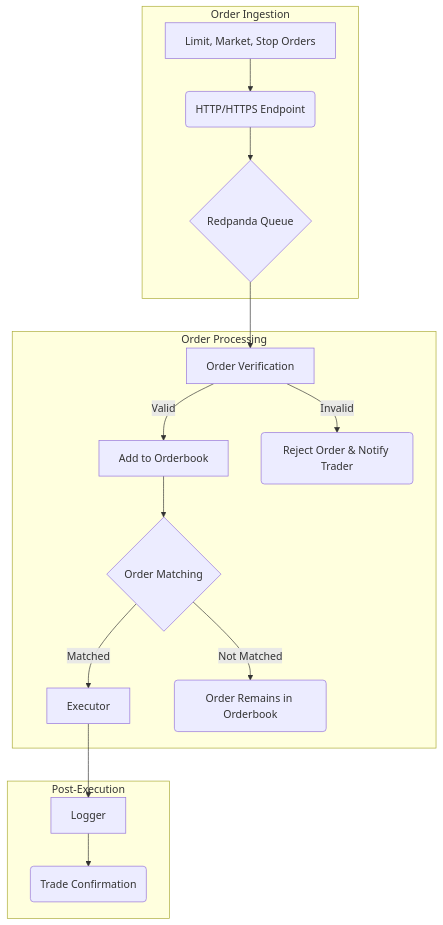
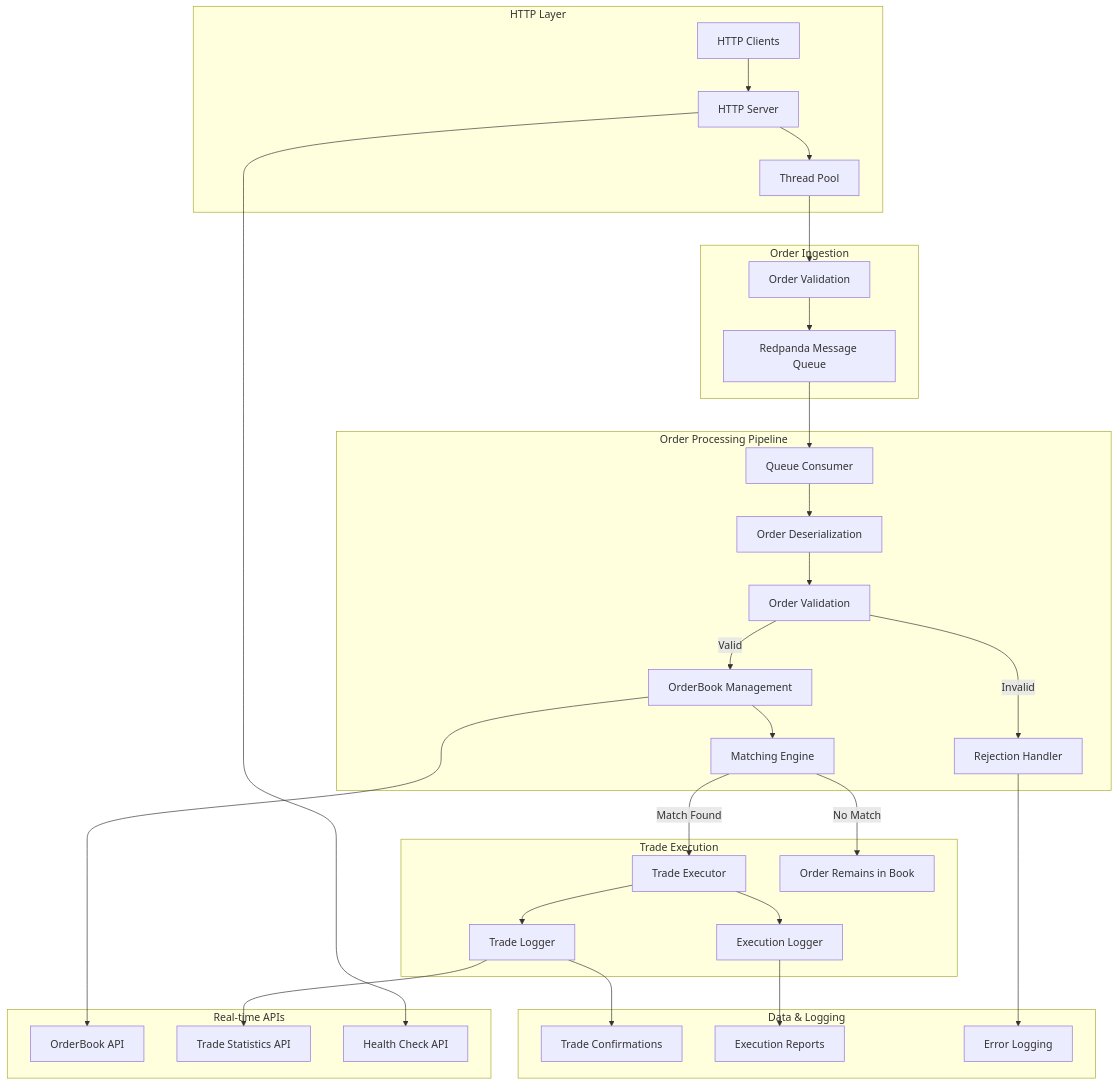
One commit to ACquantclub/live-trading-engine changed the diagram in README.md. Above: the diagram before and after it, drawn with Mermaid. The commit also changed other lines of this file and 1 other file, not shown here.

````diff
--- a/README.md
+++ b/README.md
@@ -5,21 +10,40 @@
 ```mermaid
 graph TD
-    subgraph Order Ingestion
-        A[Limit, Market, Stop Orders] --> B(HTTP/HTTPS Endpoint)
-        B --> C{Redpanda Queue}
+    subgraph "HTTP Layer"
+        A[HTTP Clients] --> B[HTTP Server]
+        B --> C[Thread Pool]
+    end
+    
+    subgraph "Order Ingestion"
+        C --> D[Order Validation]
+        D --> E[Redpanda Message Queue]
     end
 
-    subgraph Order Processing
-        C --> D[Order Verification]
-        D -- Valid --> E[Add to Orderbook]
-        D -- Invalid --> F(Reject Order & Notify Trader)
-        E --> G{Order Matching}
-        G -- Matched --> H[Executor]
-        G -- Not Matched --> I(Order Remains in Orderbook)
+    subgraph "Order Processing Pipeline"
+        E --> F[Queue Consumer]
+        F --> G[Order Deserialization]
+        G --> H[Order Validation]
+        H -- Valid --> I[OrderBook Management]
+        H -- Invalid --> J[Rejection Handler]
+        I --> K[Matching Engine]
     end
-
-    subgraph Post-Execution
-        H --> J[Logger]
-        J --> K(Trade Confirmation)
+    
+    subgraph "Trade Execution"
+        K -- Match Found --> L[Trade Executor]
+        K -- No Match --> M[Order Remains in Book]
+        L --> N[Trade Logger]
+        L --> O[Execution Logger]
+    end
+    
+    subgraph "Data & Logging"
+        N --> P[Trade Confirmations]
+        O --> Q[Execution Reports]
+        J --> R[Error Logging]
+    end
+    
+    subgraph "Real-time APIs"
+        I --> S[OrderBook API]
+        N --> T[Trade Statistics API]
+        B --> U[Health Check API]
     end
 ```
````
